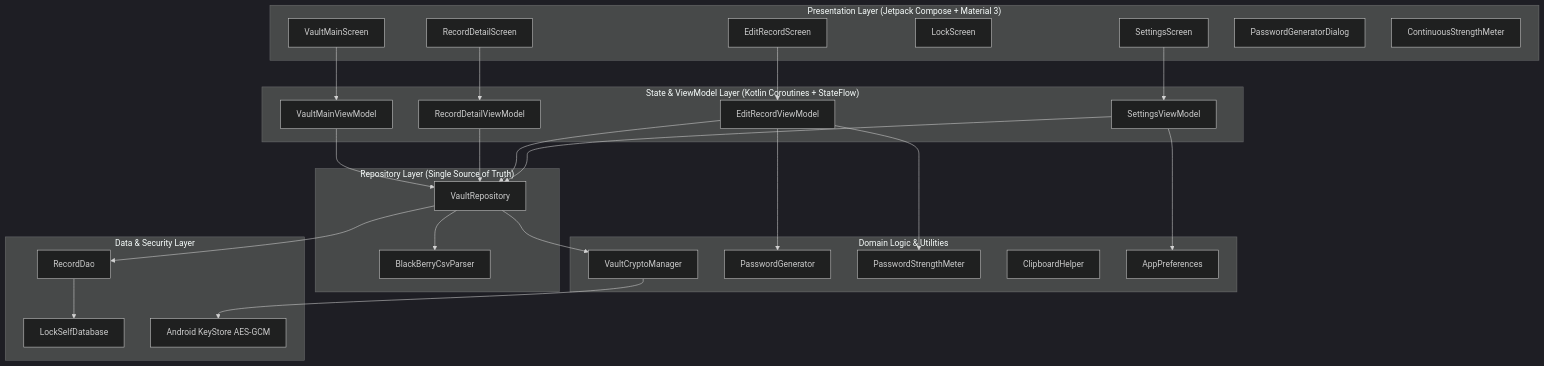
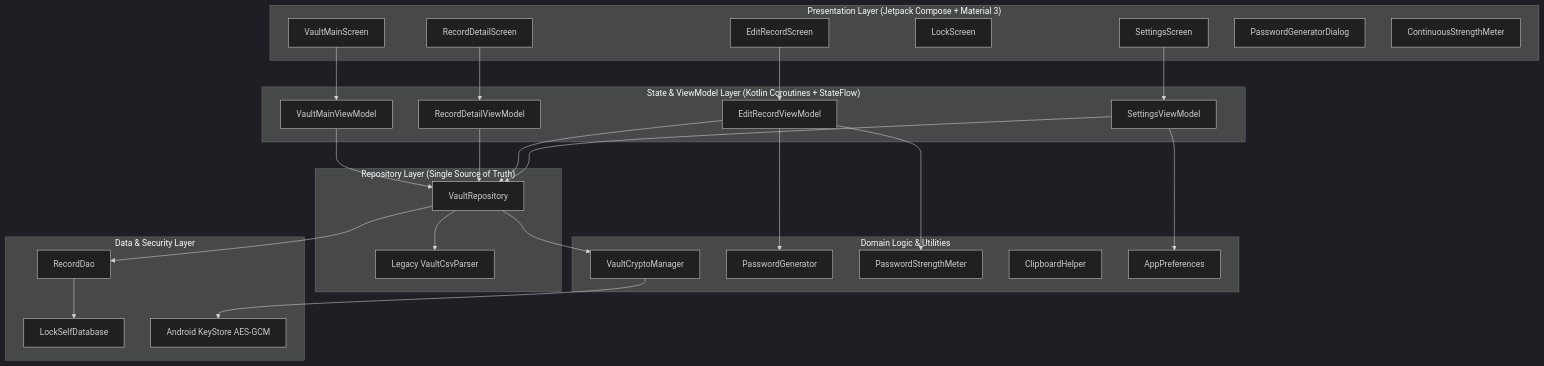
The second of 2 diagrams in reverse-engineering/reference-spec/APPLICATION_ARCHITECTURE.md (pprpprppr/lockself), drawn with Mermaid (dark theme) before and after one commit. The commit also changed other lines of this file and 31 other files, not shown here.

````diff
--- a/reverse-engineering/reference-spec/APPLICATION_ARCHITECTURE.md
+++ b/reverse-engineering/reference-spec/APPLICATION_ARCHITECTURE.md
@@ -74,57 +74,57 @@
 ```mermaid
 flowchart TD
     subgraph Presentation_Layer ["Presentation Layer (Jetpack Compose + Material 3)"]
         VMS[VaultMainScreen]
         RDS[RecordDetailScreen]
         ERS[EditRecordScreen]
         LS[LockScreen]
         SS[SettingsScreen]
         PGD[PasswordGeneratorDialog]
         CSM[ContinuousStrengthMeter]
     end
 
     subgraph ViewModel_Layer ["State & ViewModel Layer (Kotlin Coroutines + StateFlow)"]
         VM_Main[VaultMainViewModel]
         VM_Detail[RecordDetailViewModel]
         VM_Edit[EditRecordViewModel]
         VM_Settings[SettingsViewModel]
     end
 
     subgraph Repository_Layer ["Repository Layer (Single Source of Truth)"]
         VR[VaultRepository]
-        CSV_Parser[BlackBerryCsvParser]
+        CSV_Parser[Legacy VaultCsvParser]
     end
 
     subgraph Domain_Services ["Domain Logic & Utilities"]
         Crypto[VaultCryptoManager]
         Gen[PasswordGenerator]
         Meter[PasswordStrengthMeter]
         Clip[ClipboardHelper]
         Prefs[AppPreferences]
     end
 
     subgraph Data_Layer ["Data & Security Layer"]
         RoomDB[LockSelfDatabase]
         DAO[RecordDao]
         Keystore[Android KeyStore AES-GCM]
     end
 
     VMS --> VM_Main
     RDS --> VM_Detail
     ERS --> VM_Edit
     SS --> VM_Settings
     
     VM_Main --> VR
     VM_Detail --> VR
     VM_Edit --> VR
     VM_Edit --> Gen
     VM_Edit --> Meter
     VM_Settings --> VR
     VM_Settings --> Prefs
     
     VR --> DAO
     VR --> Crypto
     VR --> CSV_Parser
     Crypto --> Keystore
     DAO --> RoomDB
 ```
````
